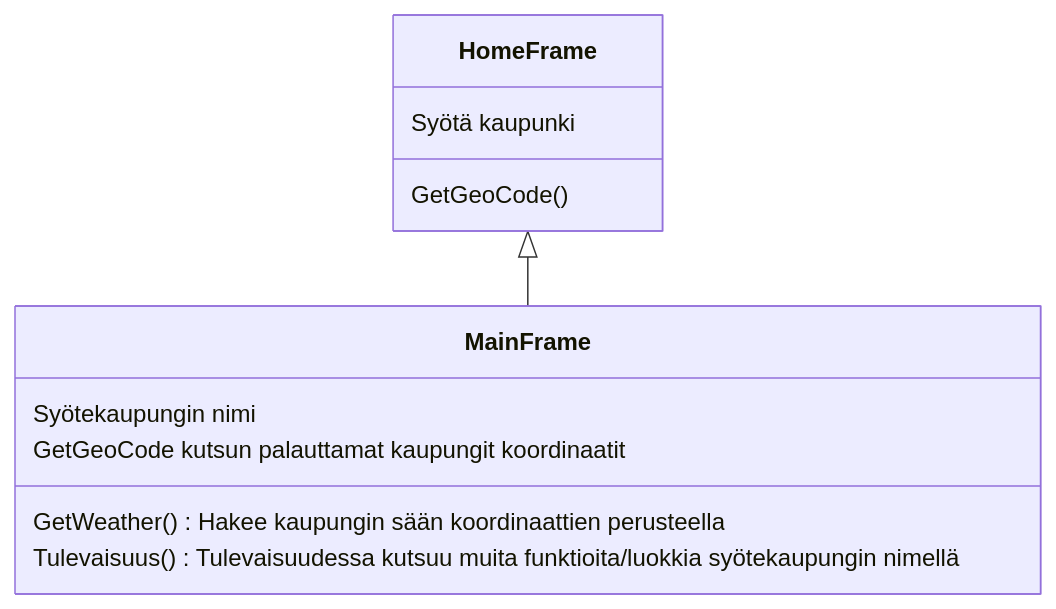
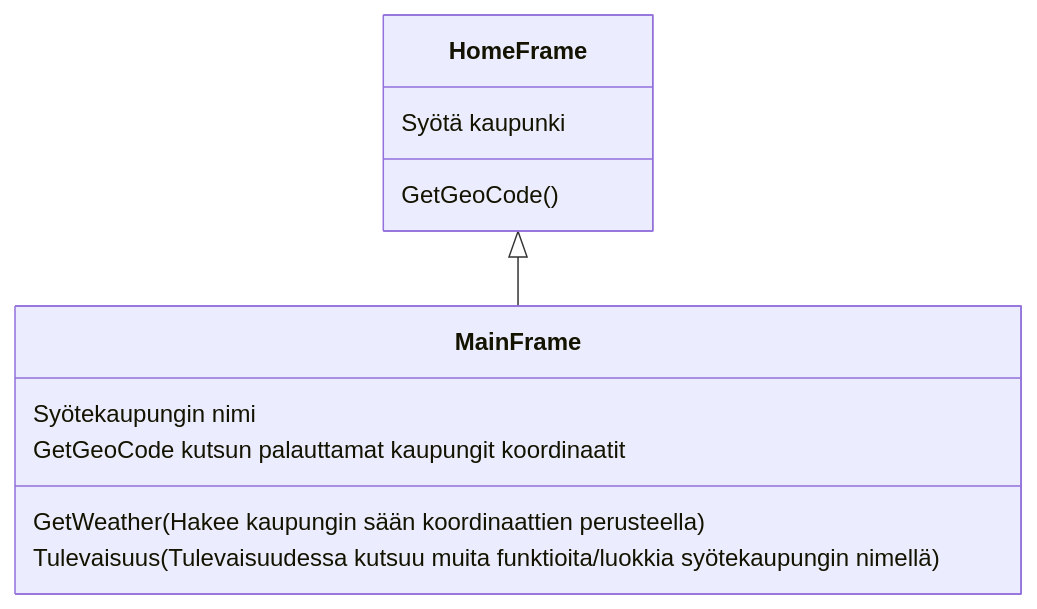
Before and after one commit to kodtld/TravelHub: the diagram in dokumentaatio/arkkitehtuuri.md, drawn with Mermaid.

Commit message:
lisätty arkkitehtuuri

````diff
--- a/dokumentaatio/arkkitehtuuri.md
+++ b/dokumentaatio/arkkitehtuuri.md
@@ -1,17 +1,17 @@
 ```mermaid
  classDiagram
       
       HomeFrame  <|-- MainFrame
       
 
       HomeFrame : Syötä kaupunki  
       HomeFrame : GetGeoCode()
 
       class MainFrame{
   	  Syötekaupungin nimi
           GetGeoCode kutsun palauttamat kaupungit koordinaatit  
-          GetWeather() Hakee kaupungin sään koordinaattien perusteella
-	  Tulevaisuus() Tulevaisuudessa kutsuu muita funktioita/luokkia syötekaupungin nimellä
-          }
+          GetWeather(Hakee kaupungin sään koordinaattien perusteella) 
+	  Tulevaisuus(Tulevaisuudessa kutsuu muita funktioita/luokkia syötekaupungin nimellä) 
+         }
 
 ```
````
